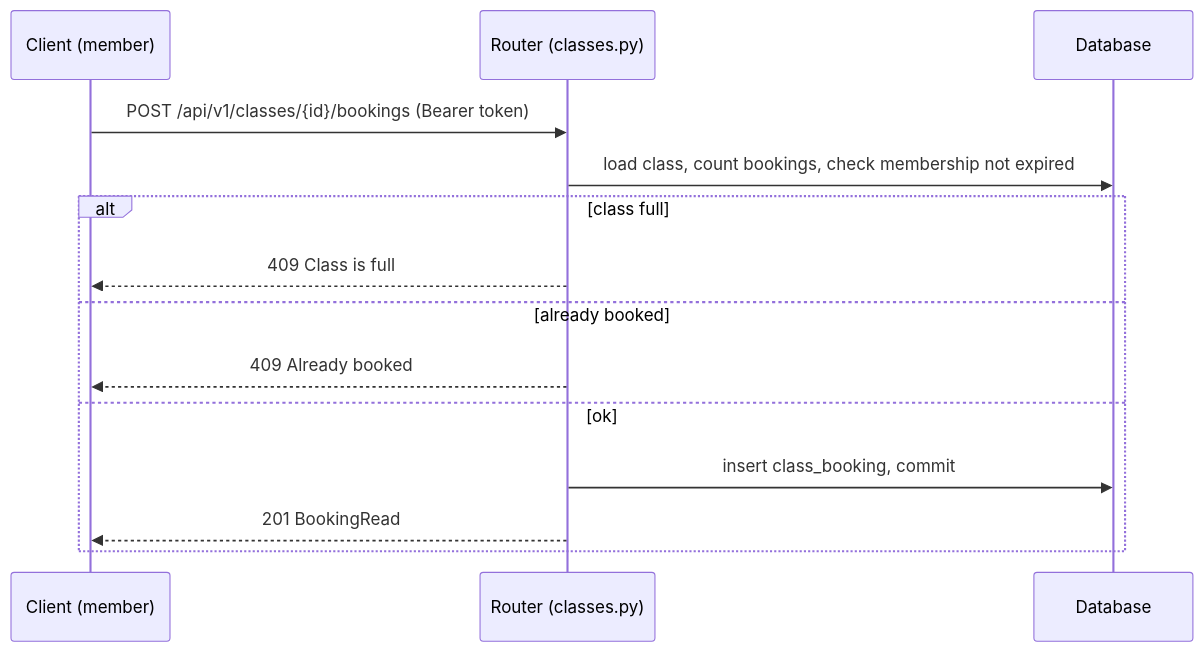
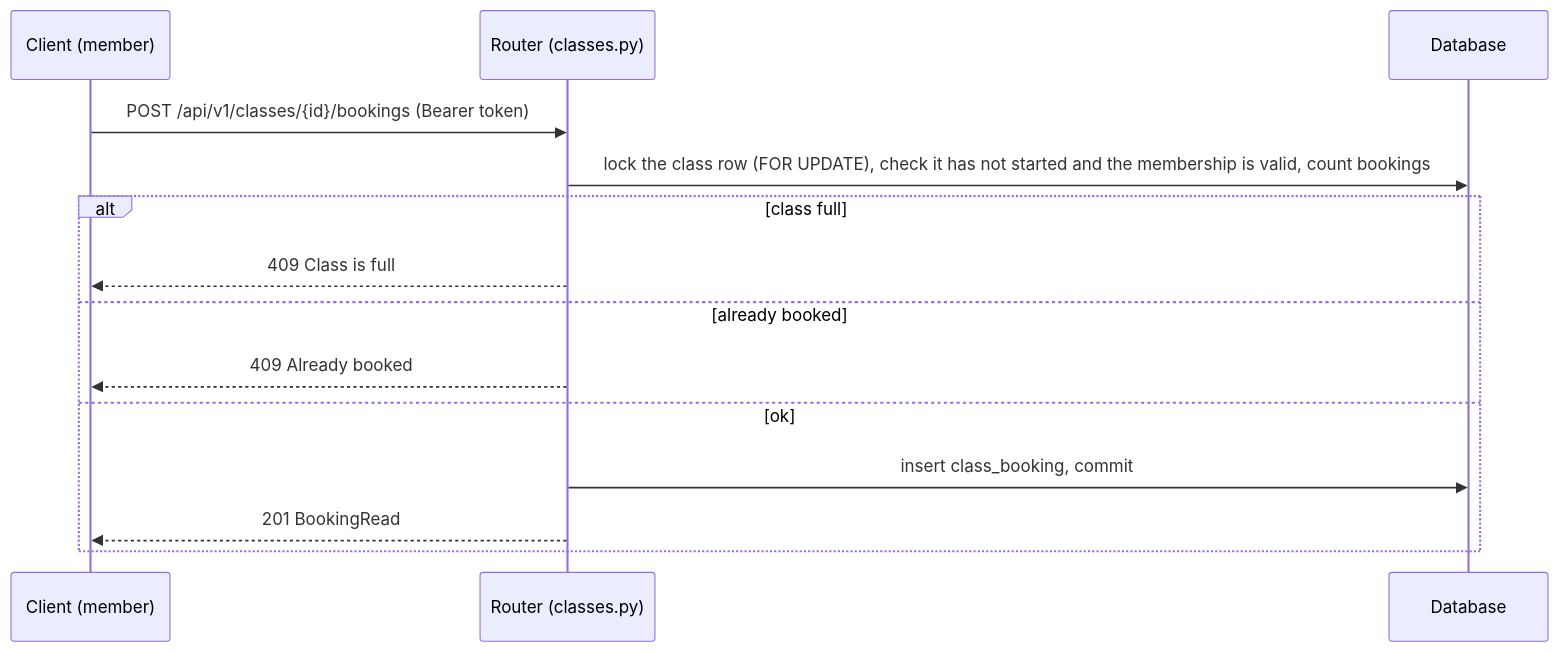
The fourth of 7 diagrams in docs/03-tdd.md (TanvirMahmudTushar/gym-buddy), drawn with Mermaid before and after one commit. The commit also changed other lines of this file and 5 other files, not shown here.

````diff
--- a/docs/03-tdd.md
+++ b/docs/03-tdd.md
@@ -101,16 +105,16 @@
 ```mermaid
 sequenceDiagram
     participant C as Client (member)
     participant R as Router (classes.py)
     participant D as Database
     C->>R: POST /api/v1/classes/{id}/bookings (Bearer token)
-    R->>D: load class, count bookings, check membership not expired
+    R->>D: lock the class row (FOR UPDATE), check it has not started and the membership is valid, count bookings
     alt class full
         R-->>C: 409 Class is full
     else already booked
         R-->>C: 409 Already booked
     else ok
         R->>D: insert class_booking, commit
         R-->>C: 201 BookingRead
     end
 ```
````
